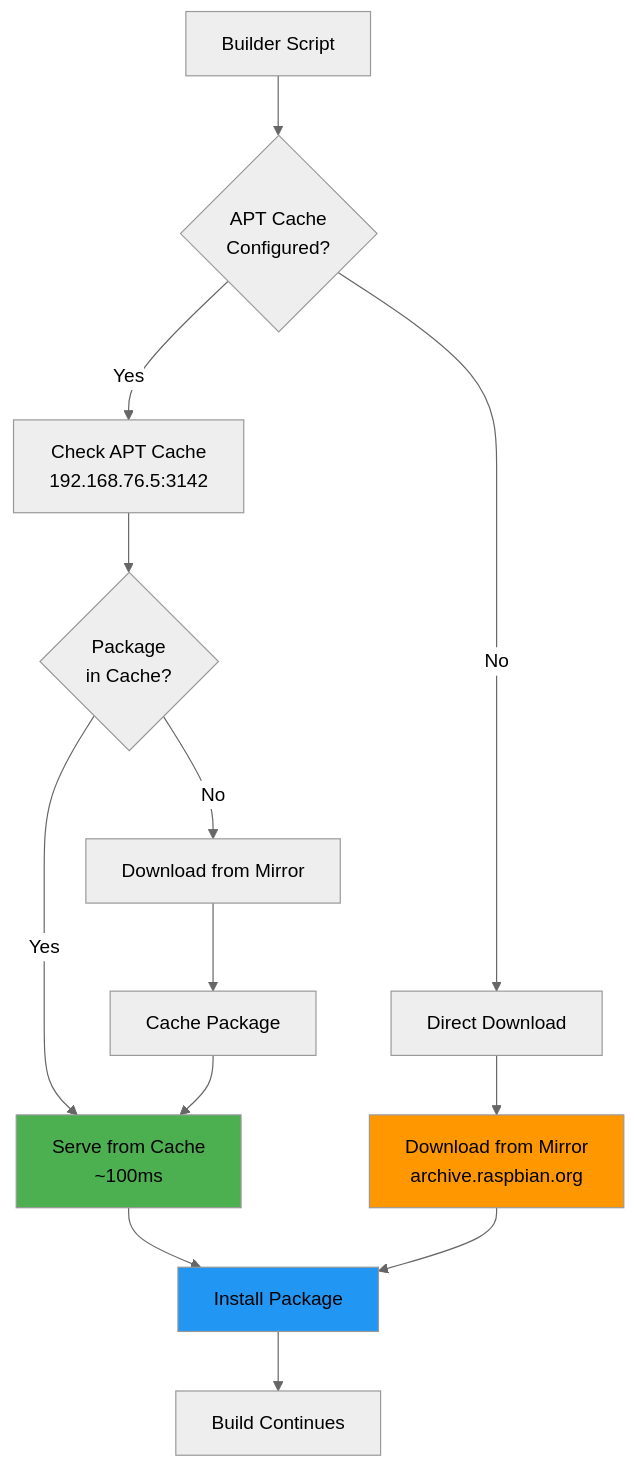
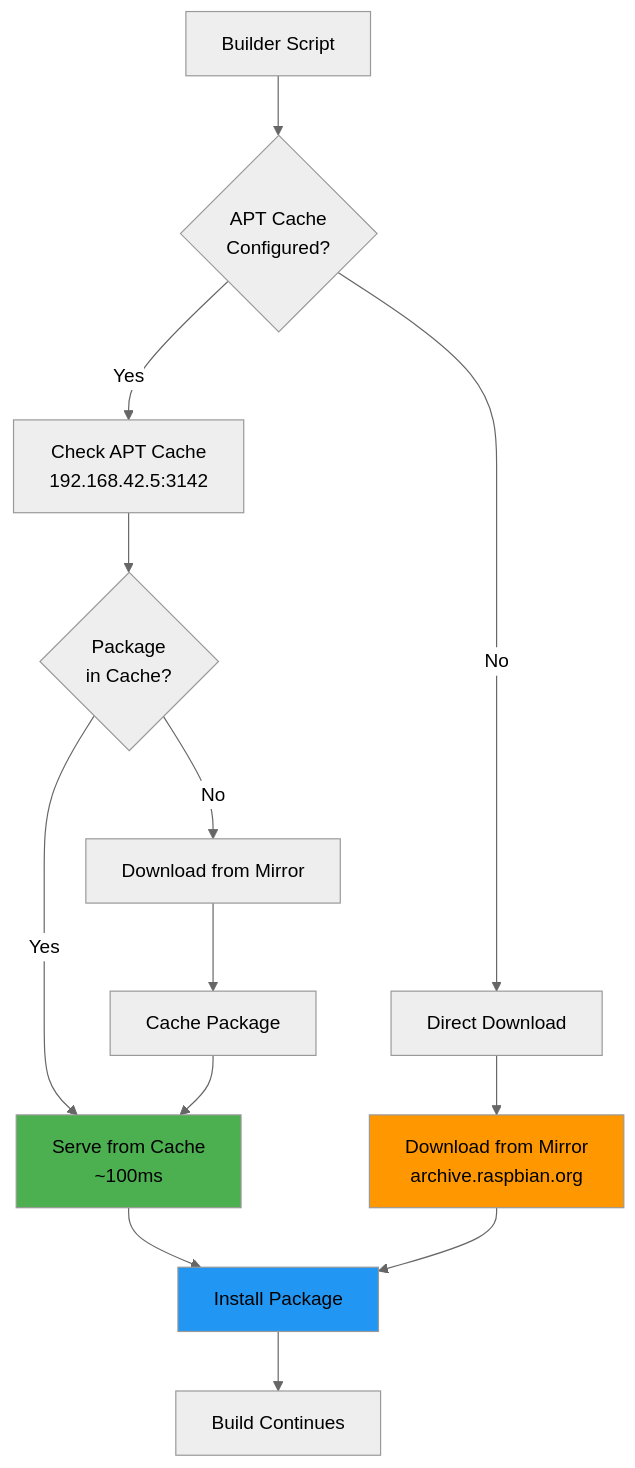
The fifth of 11 diagrams in docs/architecture/overview.md (pimeleon/build-pimeleon), drawn with Mermaid (neutral theme) before and after one commit. The commit also changed other lines of this file and 145 other files, not shown here.

````diff
--- a/docs/architecture/overview.md
+++ b/docs/architecture/overview.md
@@ -195,25 +196,25 @@
 ```mermaid
 flowchart TD
     A[Builder Script] --> B{APT Cache<br/>Configured?}
 
-    B -->|Yes| C[Check APT Cache<br/>192.168.76.5:3142]
+    B -->|Yes| C[Check APT Cache<br/>192.168.42.5:3142]
     B -->|No| D[Direct Download]
 
     C --> E{Package<br/>in Cache?}
     E -->|Yes| F[Serve from Cache<br/>~100ms]
     E -->|No| G[Download from Mirror]
 
     G --> H[Cache Package]
     H --> F
 
     D --> I[Download from Mirror<br/>archive.raspbian.org]
 
     F --> J[Install Package]
     I --> J
 
     J --> K[Build Continues]
 
     style F fill:#4CAF50
     style I fill:#FF9800
     style J fill:#2196F3
 ```
````
